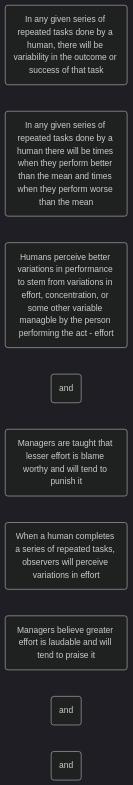
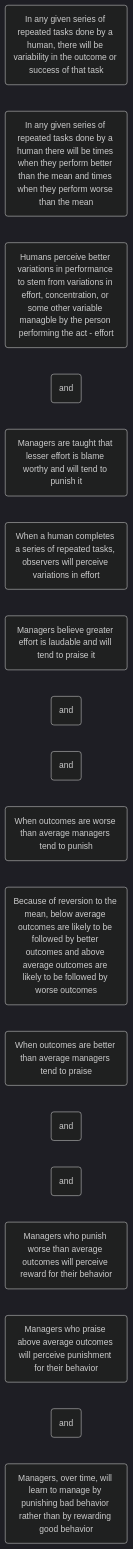
One commit to hwetsman/TOC_Trees changed the diagram in Why_Managers_Learn_To_Manage_Negatively.md. Above: the diagram before and after it, drawn with Mermaid (dark theme).

Commit message:
Code: all entities added

`````diff
--- a/Why_Managers_Learn_To_Manage_Negatively.md
+++ b/Why_Managers_Learn_To_Manage_Negatively.md
@@ -1,15 +1,23 @@
 ```mermaid
 flowchart LR
 
 human_variability(In any given series of repeated tasks done by a human, there will be variability in the outcome or success of that task)
 above_and_below(In any given series of repeated tasks done by a human there will be times when they perform better than the mean and times when they perform worse than the mean)
 human_perception(Humans perceive better variations in performance to stem from variations in effort, concentration, or some other variable managble by the person performing the act - effort)
   and1(and)
   lesser_effort(Managers are taught that lesser effort is blame worthy and will tend to punish it)
   observer_perception(When a human completes a series of repeated tasks, observers will perceive variations in effort)
   managers_belief(Managers believe greater effort is laudable and will tend to praise it)
     and2(and)
     and3(and)
-
+    worse_outcomes(When outcomes are worse than average managers tend to punish)
+    reversion(Because of reversion to the mean, below average outcomes are likely to be followed by better outcomes and above average outcomes are likely to be followed by worse outcomes)
+    better_outcomes(When outcomes are better than average managers tend to praise)
+      and4(and)
+      and5(and)
+      managers_punish(Managers who punish worse than average outcomes will perceive reward for their behavior)
+      managers_praise(Managers who praise above average outcomes will perceive punishment for their behavior)
+        and6(and)
+        managers_over_time(Managers, over time, will learn to manage by punishing bad behavior rather than by rewarding good behavior)
 
 ````
`````
